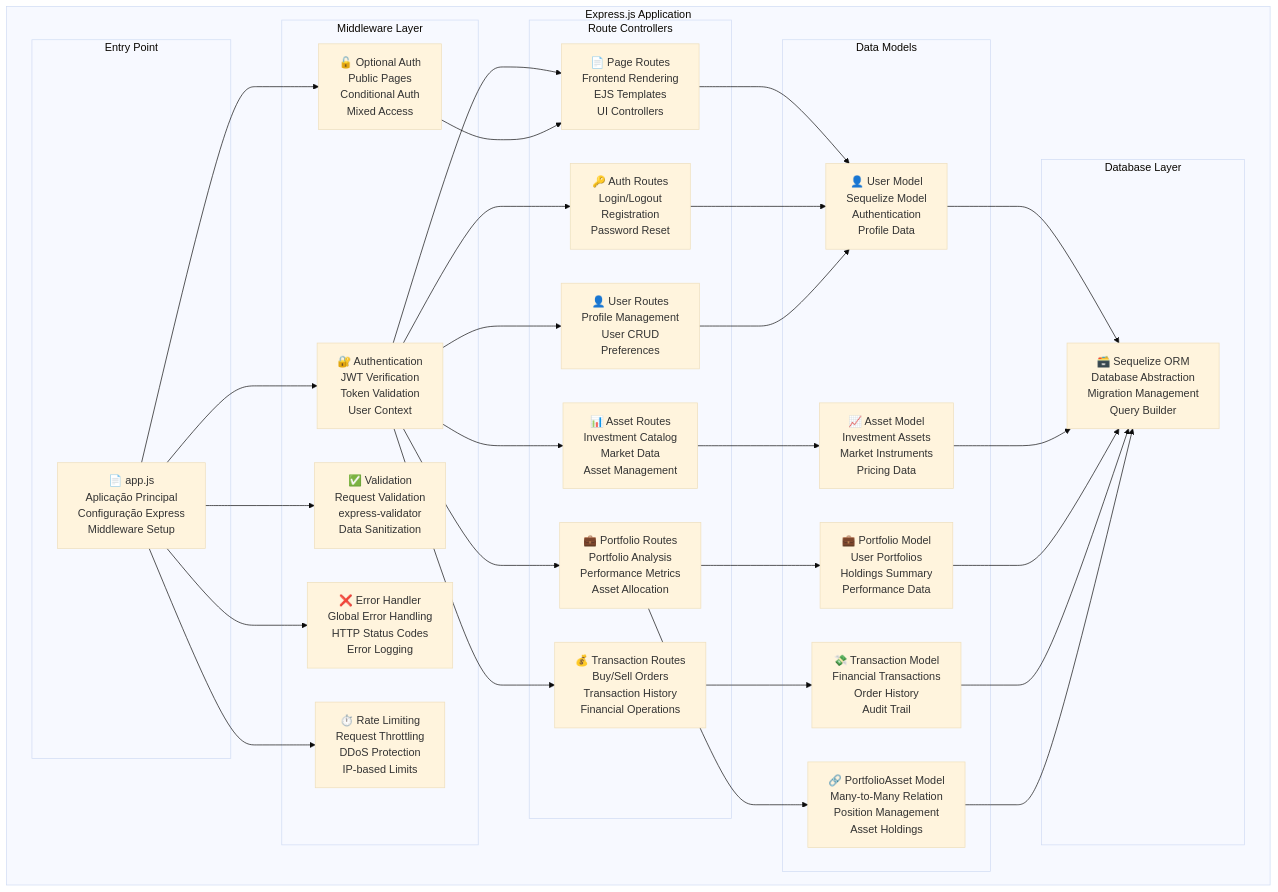
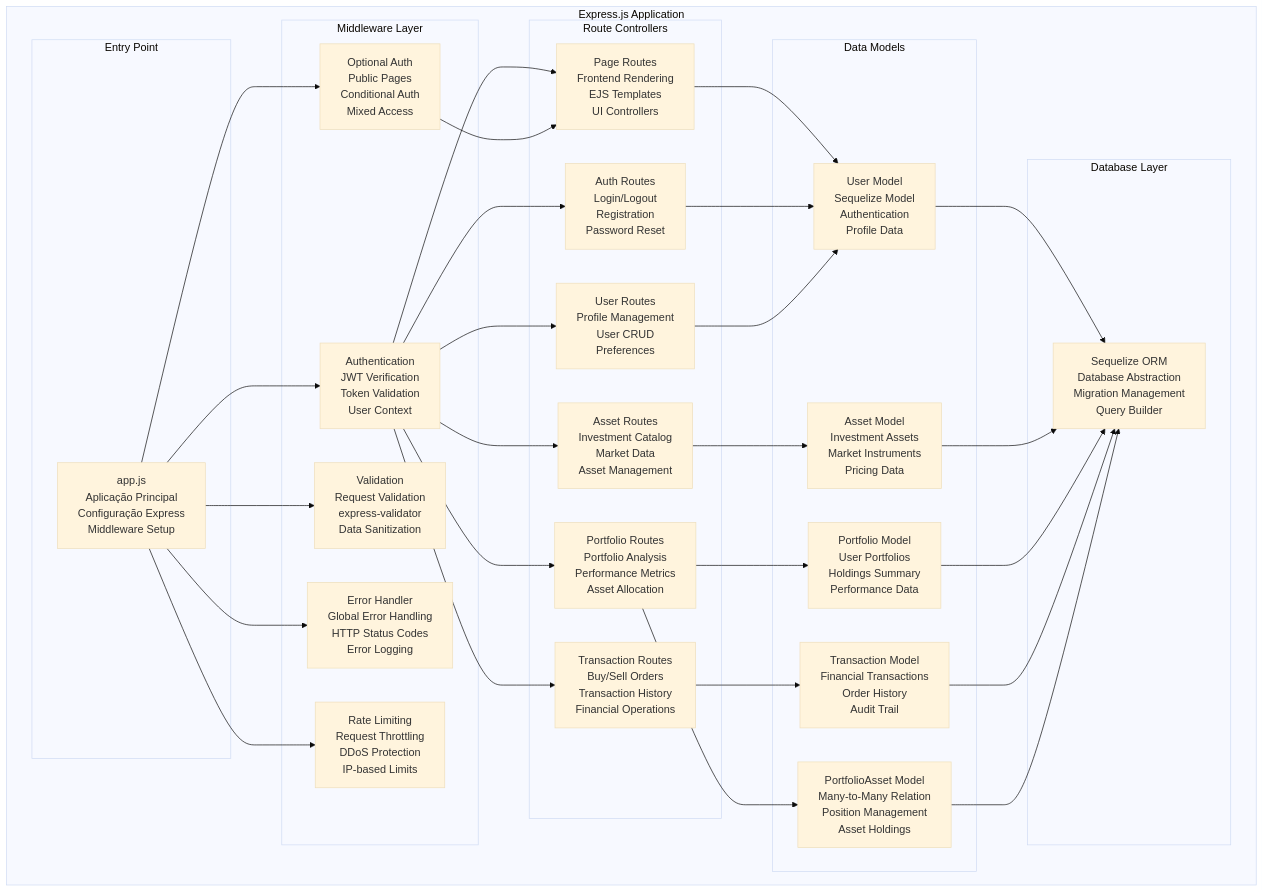
Before and after one commit to FIAP/DCLT-arquiteturas: the third of 12 diagrams in sistema-investimentos/docs/c4-arquitetura-completa.md, drawn with Mermaid (base theme). The commit also changed other lines of this file and 1489 other files, not shown here.

````diff
--- a/sistema-investimentos/docs/c4-arquitetura-completa.md
+++ b/sistema-investimentos/docs/c4-arquitetura-completa.md
@@ -114,66 +114,66 @@
 ```mermaid
 graph TB
     subgraph "Express.js Application"
         subgraph "Entry Point"
-            APP[📄 app.js<br/>Aplicação Principal<br/>Configuração Express<br/>Middleware Setup]
+            APP[app.js<br/>Aplicação Principal<br/>Configuração Express<br/>Middleware Setup]
         end
         
         subgraph "Middleware Layer"
-            AUTH_MW[🔐 Authentication<br/>JWT Verification<br/>Token Validation<br/>User Context]
-            OPTIONAL_AUTH[🔓 Optional Auth<br/>Public Pages<br/>Conditional Auth<br/>Mixed Access]
-            VALIDATION[✅ Validation<br/>Request Validation<br/>express-validator<br/>Data Sanitization]
-            ERROR_MW[❌ Error Handler<br/>Global Error Handling<br/>HTTP Status Codes<br/>Error Logging]
-            RATE_LIMIT[⏱️ Rate Limiting<br/>Request Throttling<br/>DDoS Protection<br/>IP-based Limits]
+            AUTH_MW[Authentication<br/>JWT Verification<br/>Token Validation<br/>User Context]
+            OPTIONAL_AUTH[Optional Auth<br/>Public Pages<br/>Conditional Auth<br/>Mixed Access]
+            VALIDATION[Validation<br/>Request Validation<br/>express-validator<br/>Data Sanitization]
+            ERROR_MW[Error Handler<br/>Global Error Handling<br/>HTTP Status Codes<br/>Error Logging]
+            RATE_LIMIT[Rate Limiting<br/>Request Throttling<br/>DDoS Protection<br/>IP-based Limits]
         end
         
         subgraph "Route Controllers"
-            PAGE_ROUTES[📄 Page Routes<br/>Frontend Rendering<br/>EJS Templates<br/>UI Controllers]
-            AUTH_ROUTES[🔑 Auth Routes<br/>Login/Logout<br/>Registration<br/>Password Reset]
-            USER_ROUTES[👤 User Routes<br/>Profile Management<br/>User CRUD<br/>Preferences]
-            ASSET_ROUTES[📊 Asset Routes<br/>Investment Catalog<br/>Market Data<br/>Asset Management]
-            PORTFOLIO_ROUTES[💼 Portfolio Routes<br/>Portfolio Analysis<br/>Performance Metrics<br/>Asset Allocation]
-            TRANSACTION_ROUTES[💰 Transaction Routes<br/>Buy/Sell Orders<br/>Transaction History<br/>Financial Operations]
+            PAGE_ROUTES[Page Routes<br/>Frontend Rendering<br/>EJS Templates<br/>UI Controllers]
+            AUTH_ROUTES[Auth Routes<br/>Login/Logout<br/>Registration<br/>Password Reset]
+            USER_ROUTES[User Routes<br/>Profile Management<br/>User CRUD<br/>Preferences]
+            ASSET_ROUTES[Asset Routes<br/>Investment Catalog<br/>Market Data<br/>Asset Management]
+            PORTFOLIO_ROUTES[Portfolio Routes<br/>Portfolio Analysis<br/>Performance Metrics<br/>Asset Allocation]
+            TRANSACTION_ROUTES[Transaction Routes<br/>Buy/Sell Orders<br/>Transaction History<br/>Financial Operations]
         end
         
         subgraph "Data Models"
-            USER_MODEL[👤 User Model<br/>Sequelize Model<br/>Authentication<br/>Profile Data]
-            ASSET_MODEL[📈 Asset Model<br/>Investment Assets<br/>Market Instruments<br/>Pricing Data]
-            PORTFOLIO_MODEL[💼 Portfolio Model<br/>User Portfolios<br/>Holdings Summary<br/>Performance Data]
-            TRANSACTION_MODEL[💸 Transaction Model<br/>Financial Transactions<br/>Order History<br/>Audit Trail]
-            PORTFOLIO_ASSET_MODEL[🔗 PortfolioAsset Model<br/>Many-to-Many Relation<br/>Position Management<br/>Asset Holdings]
+            USER_MODEL[User Model<br/>Sequelize Model<br/>Authentication<br/>Profile Data]
+            ASSET_MODEL[Asset Model<br/>Investment Assets<br/>Market Instruments<br/>Pricing Data]
+            PORTFOLIO_MODEL[Portfolio Model<br/>User Portfolios<br/>Holdings Summary<br/>Performance Data]
+            TRANSACTION_MODEL[Transaction Model<br/>Financial Transactions<br/>Order History<br/>Audit Trail]
+            PORTFOLIO_ASSET_MODEL[PortfolioAsset Model<br/>Many-to-Many Relation<br/>Position Management<br/>Asset Holdings]
         end
         
         subgraph "Database Layer"
-            ORM[🗃️ Sequelize ORM<br/>Database Abstraction<br/>Migration Management<br/>Query Builder]
+            ORM[Sequelize ORM<br/>Database Abstraction<br/>Migration Management<br/>Query Builder]
         end
     end
     
     APP --> AUTH_MW
     APP --> OPTIONAL_AUTH
     APP --> VALIDATION
     APP --> ERROR_MW
     APP --> RATE_LIMIT
     
     AUTH_MW --> PAGE_ROUTES
     AUTH_MW --> AUTH_ROUTES
     AUTH_MW --> USER_ROUTES
     AUTH_MW --> ASSET_ROUTES
     AUTH_MW --> PORTFOLIO_ROUTES
     AUTH_MW --> TRANSACTION_ROUTES
     
     OPTIONAL_AUTH --> PAGE_ROUTES
     
     PAGE_ROUTES --> USER_MODEL
     AUTH_ROUTES --> USER_MODEL
     USER_ROUTES --> USER_MODEL
     ASSET_ROUTES --> ASSET_MODEL
     PORTFOLIO_ROUTES --> PORTFOLIO_MODEL
     PORTFOLIO_ROUTES --> PORTFOLIO_ASSET_MODEL
     TRANSACTION_ROUTES --> TRANSACTION_MODEL
     
     USER_MODEL --> ORM
     ASSET_MODEL --> ORM
     PORTFOLIO_MODEL --> ORM
     TRANSACTION_MODEL --> ORM
     PORTFOLIO_ASSET_MODEL --> ORM
 ```
````
